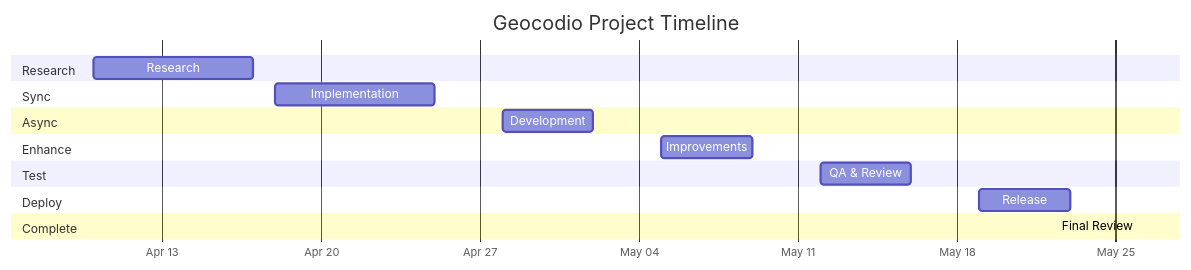
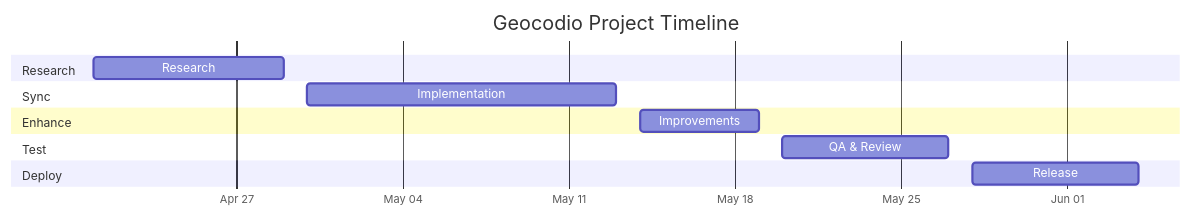
The first of 3 diagrams in project-docs/visual_timeline.md (Geocodio/geocodio-library-python), drawn with Mermaid before and after one commit. The commit also changed 7 other files, not shown here.

Commit message:
docs: update project plan and visual timeline to match calendar dates

````diff
--- a/project-docs/visual_timeline.md
+++ b/project-docs/visual_timeline.md
@@ -16,27 +16,21 @@
 ```mermaid
 gantt
     title Geocodio Project Timeline
     dateFormat YYYY-MM-DD
     axisFormat %b %d
 
     section Research
-    Research           :2025-04-10, 2025-04-17
+    Research           :2025-04-21, 2025-04-29
 
     section Sync
-    Implementation     :2025-04-18, 2025-04-25
-
-    section Async
-    Development        :2025-04-28, 2025-05-02
+    Implementation     :2025-04-30, 2025-05-13
 
     section Enhance
-    Improvements       :2025-05-05, 2025-05-09
+    Improvements       :2025-05-14, 2025-05-19
 
     section Test
-    QA & Review        :2025-05-12, 2025-05-16
+    QA & Review        :2025-05-20, 2025-05-27
 
     section Deploy
-    Release            :2025-05-19, 2025-05-23
-
-    section Complete
-    Final Review      :2025-05-26, 2025-05-26
+    Release            :2025-05-28, 2025-06-04
 ```
````
